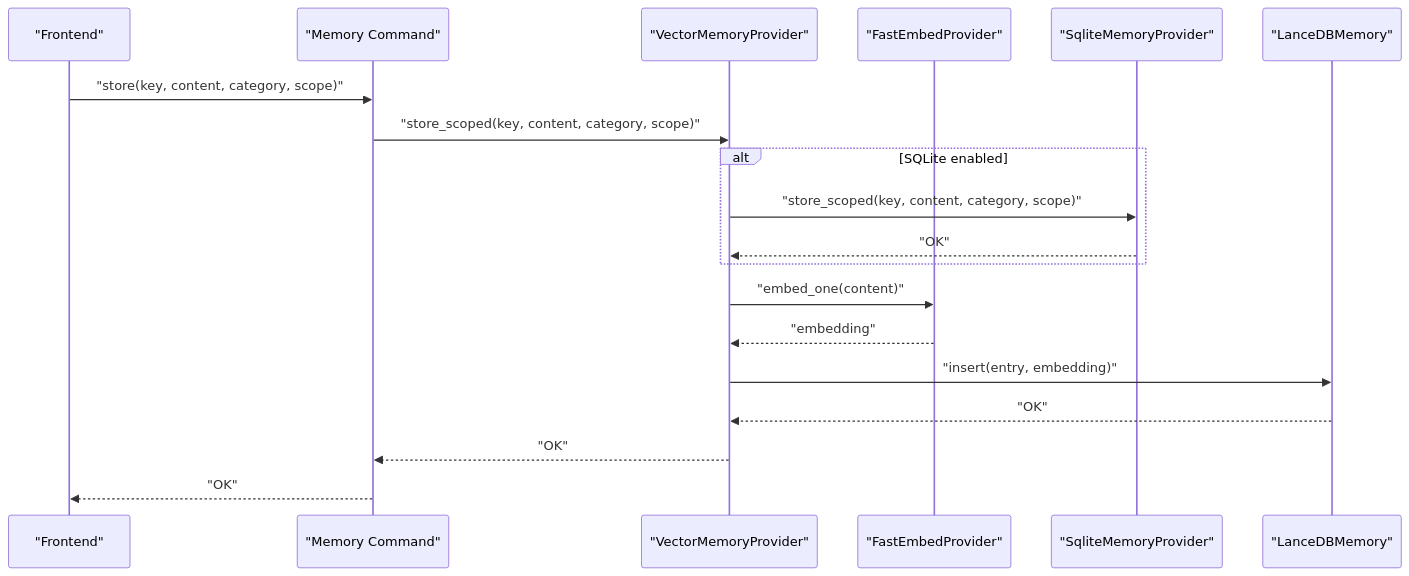
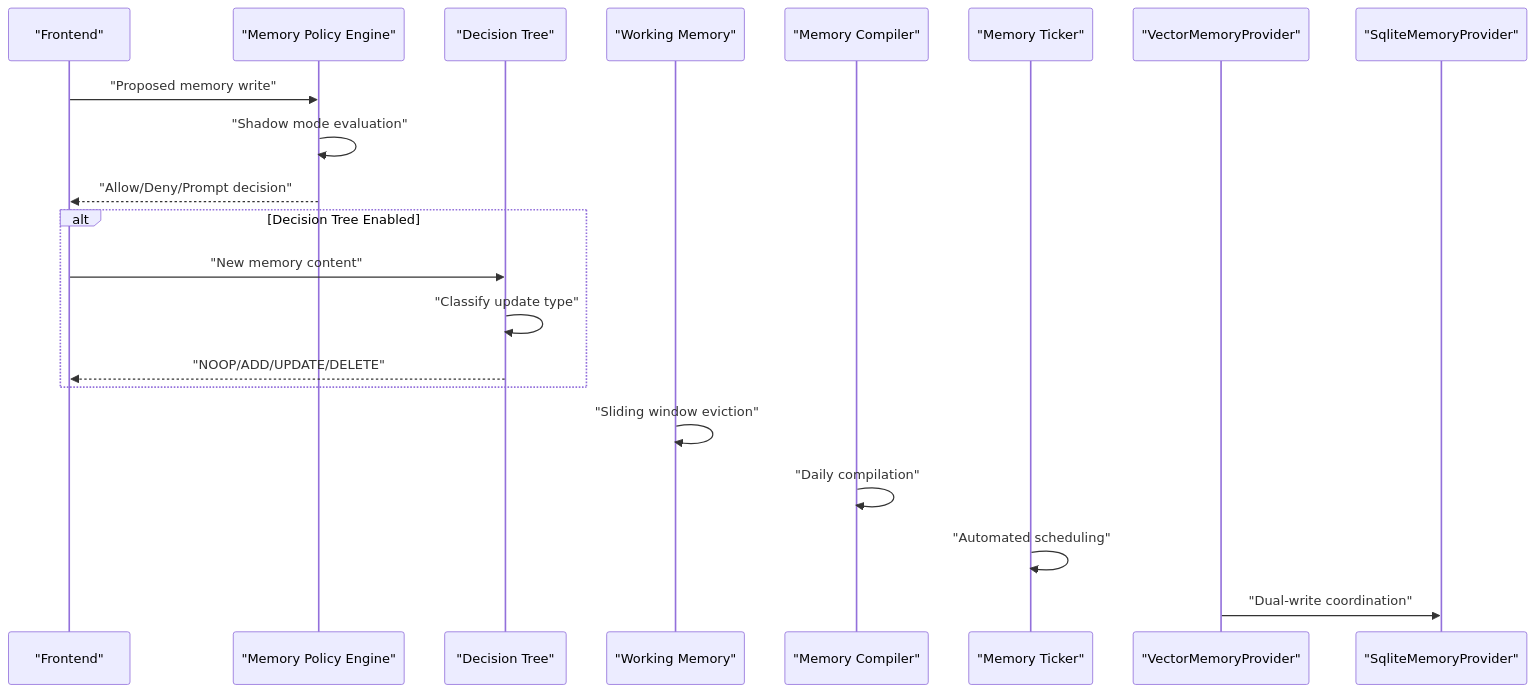
One commit to novolei/if2Ai changed the second of 4 diagrams in .qoder/repowiki/en/content/Memory System/Memory System.md. Above: the diagram before and after it, drawn with Mermaid. The commit also changed other lines of this file and 124 other files, not shown here.

````diff
--- a/.qoder/repowiki/en/content/Memory System/Memory System.md
+++ b/.qoder/repowiki/en/content/Memory System/Memory System.md
@@ -122,21 +166,23 @@
 ```mermaid
 sequenceDiagram
 participant UI as "Frontend"
-participant CMD as "Memory Command"
+participant POL as "Memory Policy Engine"
+participant DT as "Decision Tree"
+participant WM as "Working Memory"
+participant COMP as "Memory Compiler"
+participant TICK as "Memory Ticker"
 participant VMP as "VectorMemoryProvider"
-participant FE as "FastEmbedProvider"
 participant SMP as "SqliteMemoryProvider"
-participant LDB as "LanceDBMemory"
-UI->>CMD : "store(key, content, category, scope)"
-CMD->>VMP : "store_scoped(key, content, category, scope)"
-alt SQLite enabled
-VMP->>SMP : "store_scoped(key, content, category, scope)"
-SMP-->>VMP : "OK"
+UI->>POL : "Proposed memory write"
+POL->>POL : "Shadow mode evaluation"
+POL-->>UI : "Allow/Deny/Prompt decision"
+alt Decision Tree Enabled
+UI->>DT : "New memory content"
+DT->>DT : "Classify update type"
+DT-->>UI : "NOOP/ADD/UPDATE/DELETE"
 end
-VMP->>FE : "embed_one(content)"
-FE-->>VMP : "embedding"
-VMP->>LDB : "insert(entry, embedding)"
-LDB-->>VMP : "OK"
-VMP-->>CMD : "OK"
-CMD-->>UI : "OK"
+WM->>WM : "Sliding window eviction"
+COMP->>COMP : "Daily compilation"
+TICK->>TICK : "Automated scheduling"
+VMP->>SMP : "Dual-write coordination"
 ```
````
